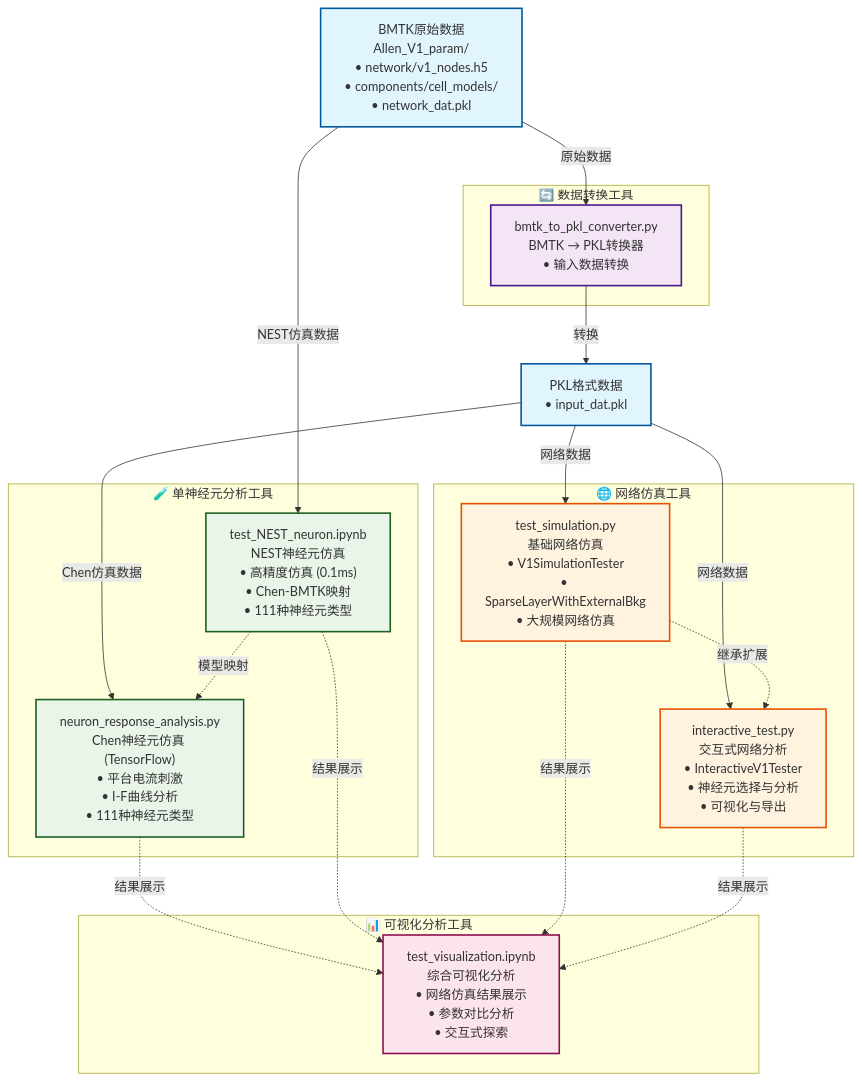
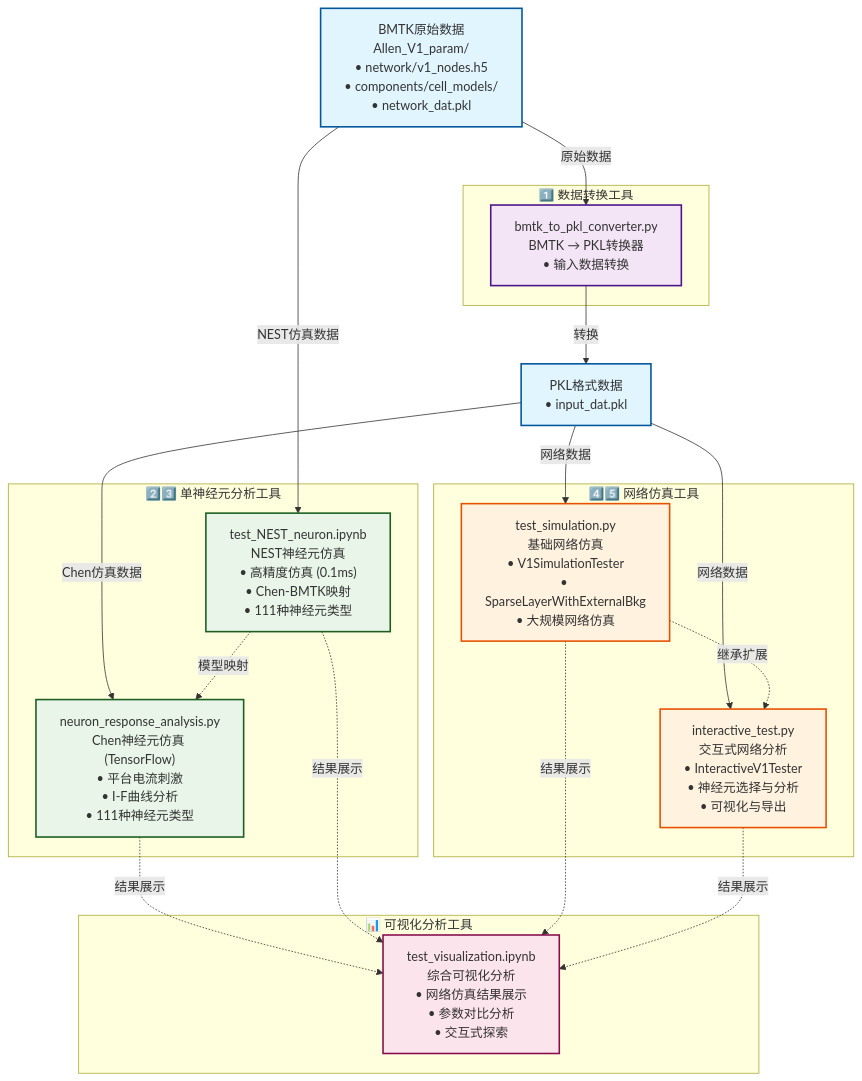
One commit to sdgds/Chen_package_test changed the diagram in README.md. Above: the diagram before and after it, drawn with Mermaid.

````diff
--- a/README.md
+++ b/README.md
@@ -17,67 +17,67 @@
 ```mermaid
 graph TD
     %% 数据源
     BMTK["BMTK原始数据<br/>Allen_V1_param/<br/>• network/v1_nodes.h5<br/>• components/cell_models/<br/>• network_dat.pkl"]
     
     %% 数据转换工具
-    subgraph DataConv ["🔄 数据转换工具"]
+    subgraph DataConv ["1️⃣ 数据转换工具"]
         Converter["bmtk_to_pkl_converter.py<br/>BMTK → PKL转换器<br/>• 输入数据转换"]
     end
     
     %% 转换后的数据
     PKL["PKL格式数据<br/>• input_dat.pkl"]
     
     %% 单神经元分析工具
-    subgraph SingleNeuron ["🧪 单神经元分析工具"]
+    subgraph SingleNeuron ["2️⃣3️⃣ 单神经元分析工具"]
         ChenSim["neuron_response_analysis.py<br/>Chen神经元仿真 (TensorFlow)<br/>• 平台电流刺激<br/>• I-F曲线分析<br/>• 111种神经元类型"]
         NESTSim["test_NEST_neuron.ipynb<br/>NEST神经元仿真<br/>• 高精度仿真 (0.1ms)<br/>• Chen-BMTK映射<br/>• 111种神经元类型"]
     end
     
     %% 网络仿真工具
-    subgraph NetworkSim ["🌐 网络仿真工具"]
+    subgraph NetworkSim ["4️⃣5️⃣ 网络仿真工具"]
         BasicSim["test_simulation.py<br/>基础网络仿真<br/>• V1SimulationTester<br/>• SparseLayerWithExternalBkg<br/>• 大规模网络仿真"]
         InteractiveSim["interactive_test.py<br/>交互式网络分析<br/>• InteractiveV1Tester<br/>• 神经元选择与分析<br/>• 可视化与导出"]
     end
     
     %% 可视化工具
     subgraph Visualization ["📊 可视化分析工具"]
         VisNB["test_visualization.ipynb<br/>综合可视化分析<br/>• 网络仿真结果展示<br/>• 参数对比分析<br/>• 交互式探索"]
     end
     
     %% 数据流和调用关系
     BMTK -->|原始数据| Converter
     Converter -->|转换| PKL
     
     %% 单神经元分析的数据输入
     PKL -->|Chen仿真数据| ChenSim
     BMTK -->|NEST仿真数据| NESTSim
     
     %% 网络仿真的数据输入
     PKL -->|网络数据| BasicSim
     PKL -->|网络数据| InteractiveSim
     
     %% 模块间的调用关系
     BasicSim -.->|继承扩展| InteractiveSim
     NESTSim -.->|模型映射| ChenSim
     
     %% 可视化工具的输入
     ChenSim -.->|结果展示| VisNB
     NESTSim -.->|结果展示| VisNB
     BasicSim -.->|结果展示| VisNB
     InteractiveSim -.->|结果展示| VisNB
     
     %% 样式设置
     classDef dataClass fill:#e1f5fe,stroke:#01579b,stroke-width:2px
     classDef convertClass fill:#f3e5f5,stroke:#4a148c,stroke-width:2px
     classDef singleClass fill:#e8f5e8,stroke:#1b5e20,stroke-width:2px
     classDef networkClass fill:#fff3e0,stroke:#e65100,stroke-width:2px
     classDef visClass fill:#fce4ec,stroke:#880e4f,stroke-width:2px
     classDef resultClass fill:#f1f8e9,stroke:#33691e,stroke-width:1px
     
     class BMTK,PKL dataClass
     class Converter convertClass
     class ChenSim,NESTSim singleClass
     class BasicSim,InteractiveSim networkClass
     class VisNB visClass
     class Results1,Results2,Results3,Results4 resultClass
 ```
````
